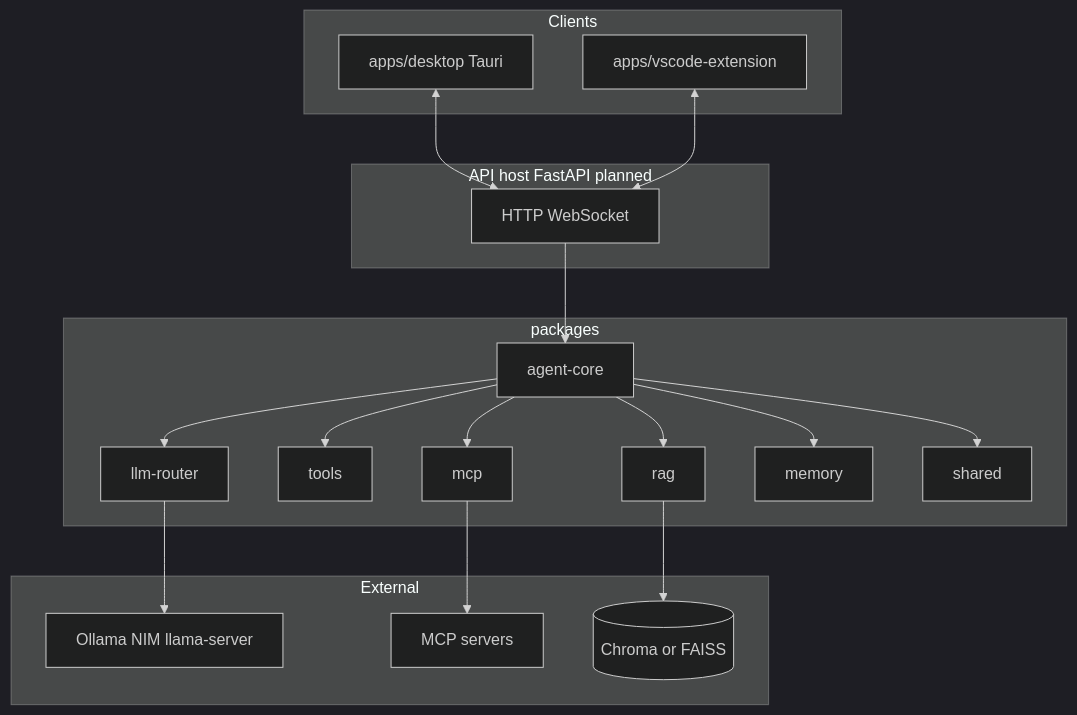
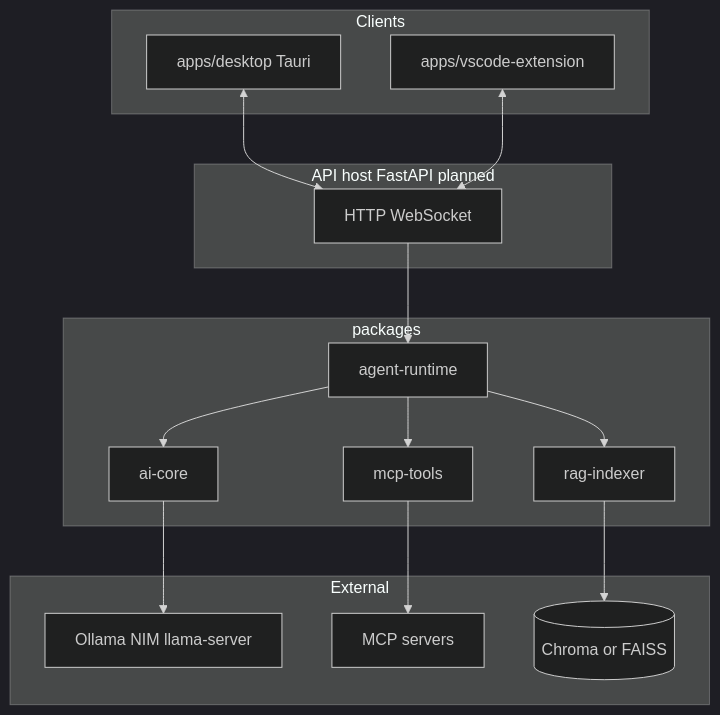
Before and after one commit to Joseph-MingEn/IDE_Product: the diagram in Product/docs/system_architecture.md, drawn with Mermaid (dark theme). The commit also changed other lines of this file and 13 other files, not shown here.

````diff
--- a/Product/docs/system_architecture.md
+++ b/Product/docs/system_architecture.md
@@ -21,40 +21,34 @@
 ```mermaid
 flowchart TB
   subgraph clients [Clients]
     DT[apps/desktop Tauri]
     VS[apps/vscode-extension]
   end
 
   subgraph host [API host FastAPI planned]
     API[HTTP WebSocket]
   end
 
   subgraph pkgs [packages]
-    AC[agent-core]
-    LLM[llm-router]
-    TL[tools]
-    MC[mcp]
-    RG[rag]
-    MEM[memory]
-    SH[shared]
+    AIC[ai-core]
+    AR[agent-runtime]
+    MT[mcp-tools]
+    RIX[rag-indexer]
   end
 
   subgraph ext [External]
     OLL[Ollama NIM llama-server]
-    MCP[MCP servers]
+    MS[MCP servers]
     VDB[(Chroma or FAISS)]
   end
 
   DT <--> API
   VS <--> API
-  API --> AC
-  AC --> LLM
-  AC --> TL
-  AC --> MC
-  AC --> RG
-  AC --> MEM
-  AC --> SH
-  LLM --> OLL
-  MC --> MCP
-  RG --> VDB
+  API --> AR
+  AR --> AIC
+  AR --> MT
+  AR --> RIX
+  AIC --> OLL
+  MT --> MS
+  RIX --> VDB
 ```
````
